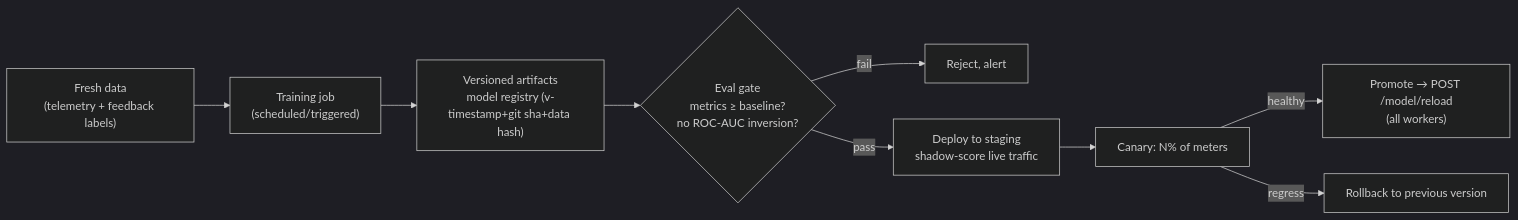
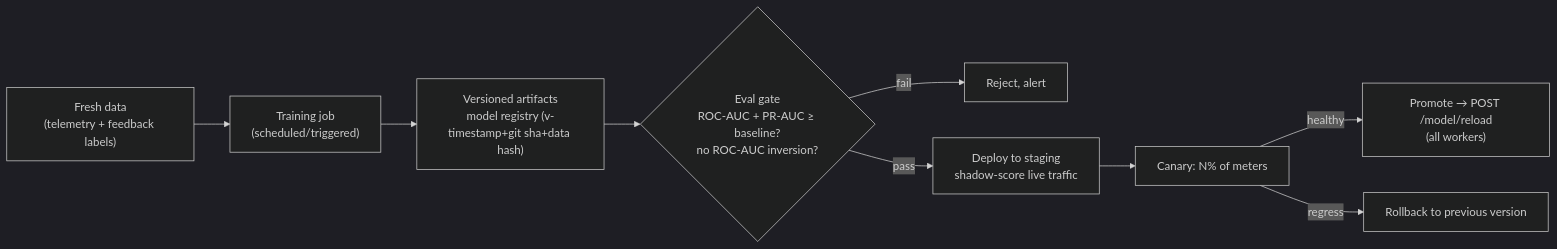
One commit to CodeWithMrunal/EcoSentinel changed the second of 2 diagrams in docs/project-explanation/04-model-training-and-locality.md. Above: the diagram before and after it, drawn with Mermaid (dark theme). The commit also changed other lines of this file and 3 other files, not shown here.

````diff
--- a/docs/project-explanation/04-model-training-and-locality.md
+++ b/docs/project-explanation/04-model-training-and-locality.md
@@ -223,11 +231,11 @@
 ```mermaid
 flowchart LR
     D["Fresh data<br/>(telemetry + feedback labels)"] --> T["Training job<br/>(scheduled/triggered)"]
     T --> V["Versioned artifacts<br/>model registry (v-timestamp+git sha+data hash)"]
-    V --> G{"Eval gate<br/>metrics ≥ baseline?<br/>no ROC-AUC inversion?"}
+    V --> G{"Eval gate<br/>ROC-AUC + PR-AUC ≥ baseline?<br/>no ROC-AUC inversion?"}
     G -->|fail| STOP["Reject, alert"]
     G -->|pass| STG["Deploy to staging<br/>shadow-score live traffic"]
     STG --> CAN["Canary: N% of meters"]
     CAN -->|healthy| PROMO["Promote → POST /model/reload<br/>(all workers)"]
     CAN -->|regress| RB["Rollback to previous version"]
 ```
````
